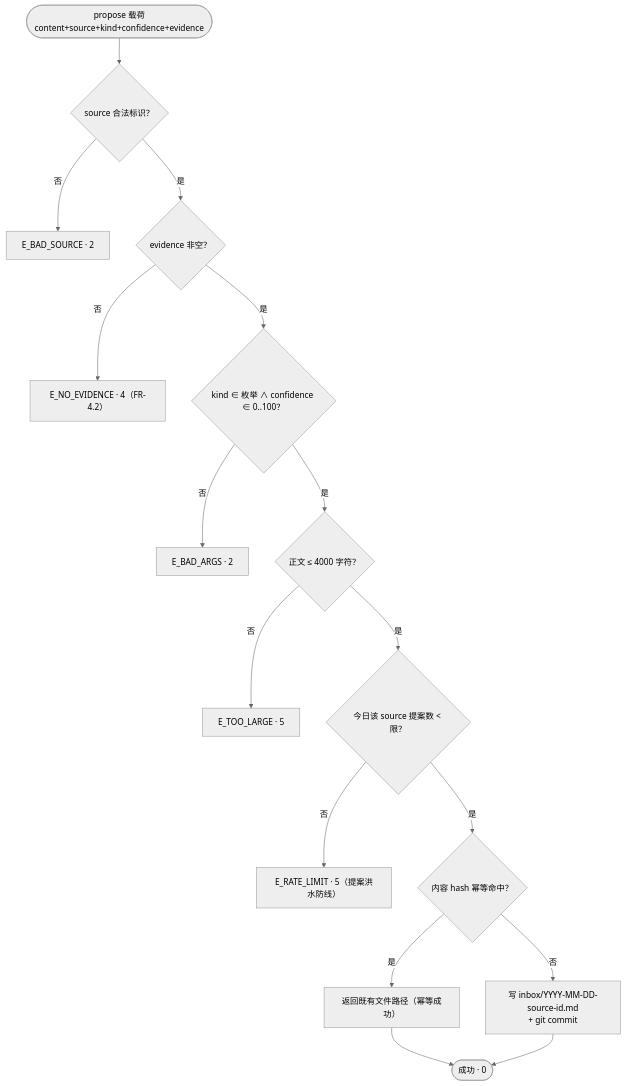
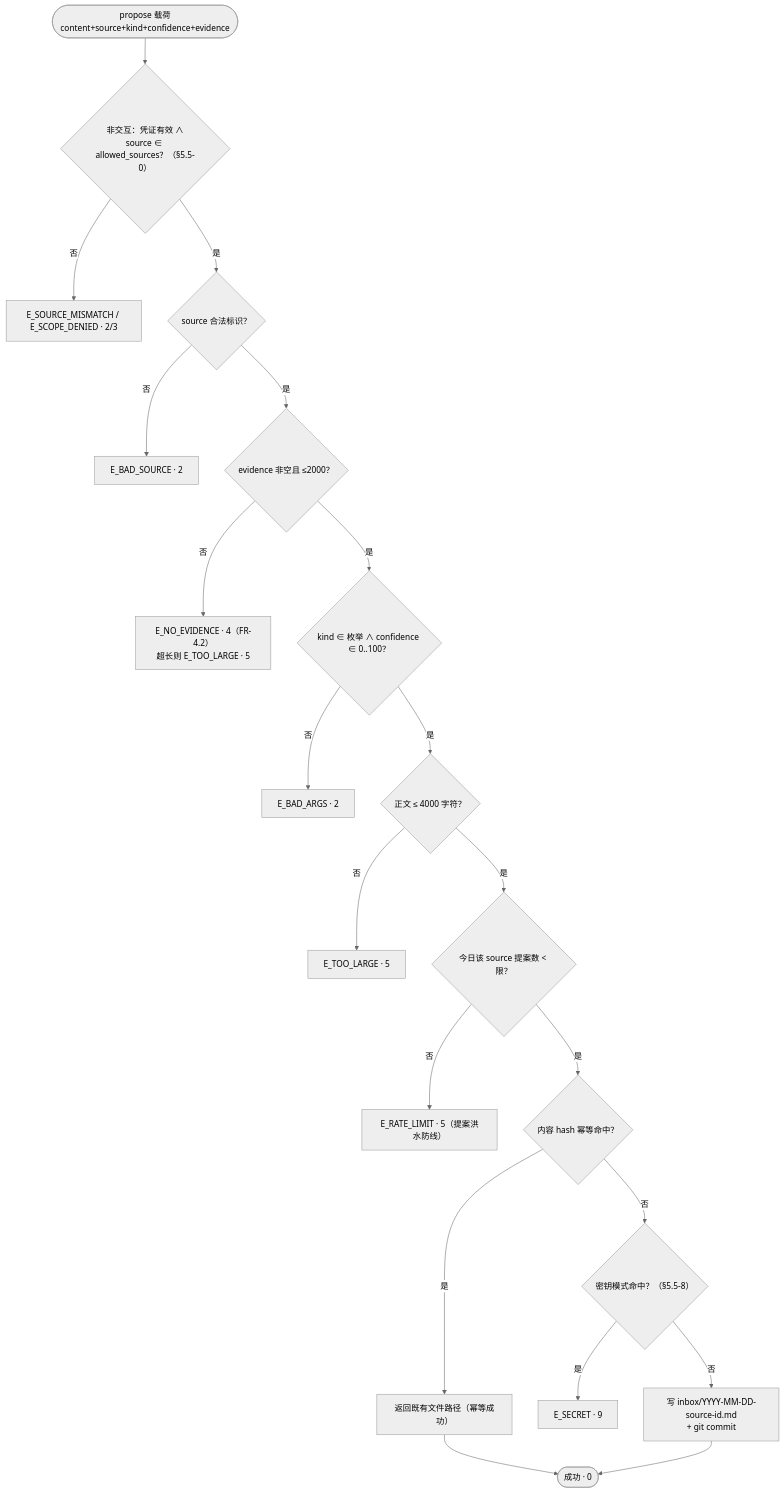
Before and after one commit to Jo0OCTsai/pokemon-remember-you: diagram 14 of 15 in docs/DESIGN.md, drawn with Mermaid (neutral theme). The commit also changed other lines of this file and 12 other files, not shown here.

````diff
--- a/docs/DESIGN.md
+++ b/docs/DESIGN.md
@@ -872,17 +924,21 @@
 ```mermaid
 flowchart TD
-    P(["propose 载荷<br/>content+source+kind+confidence+evidence"]) --> V1{"source 合法标识？"}
+    P(["propose 载荷<br/>content+source+kind+confidence+evidence"]) --> V0{"非交互：凭证有效 ∧<br/>source ∈ allowed_sources？（§5.5-0）"}
+    V0 -->|"否"| E0["E_SOURCE_MISMATCH / E_SCOPE_DENIED · 2/3"]
+    V0 -->|"是"| V1{"source 合法标识？"}
     V1 -->|"否"| E1["E_BAD_SOURCE · 2"]
-    V1 -->|"是"| V2{"evidence 非空？"}
-    V2 -->|"否"| E2["E_NO_EVIDENCE · 4（FR-4.2）"]
+    V1 -->|"是"| V2{"evidence 非空且 ≤2000？"}
+    V2 -->|"否"| E2["E_NO_EVIDENCE · 4（FR-4.2）<br/>超长则 E_TOO_LARGE · 5"]
     V2 -->|"是"| V3{"kind ∈ 枚举 ∧ confidence ∈ 0..100？"}
     V3 -->|"否"| E3["E_BAD_ARGS · 2"]
     V3 -->|"是"| V4{"正文 ≤ 4000 字符？"}
     V4 -->|"否"| E4["E_TOO_LARGE · 5"]
     V4 -->|"是"| V5{"今日该 source 提案数 < 限？"}
     V5 -->|"否"| E5["E_RATE_LIMIT · 5（提案洪水防线）"]
     V5 -->|"是"| V6{"内容 hash 幂等命中？"}
     V6 -->|"是"| IDEM["返回既有文件路径（幂等成功）"]
-    V6 -->|"否"| W["写 inbox/YYYY-MM-DD-source-id.md<br/>+ git commit"]
+    V6 -->|"否"| V8{"密钥模式命中？（§5.5-8）"}
+    V8 -->|"是"| E8["E_SECRET · 9"]
+    V8 -->|"否"| W["写 inbox/YYYY-MM-DD-source-id.md<br/>+ git commit"]
     IDEM & W --> OK(["成功 · 0"])
 ```
````
